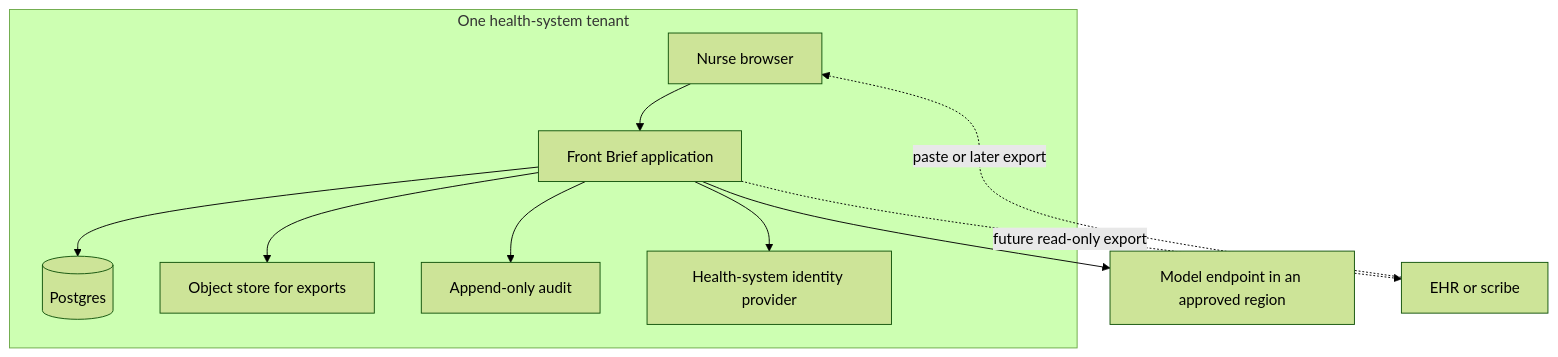
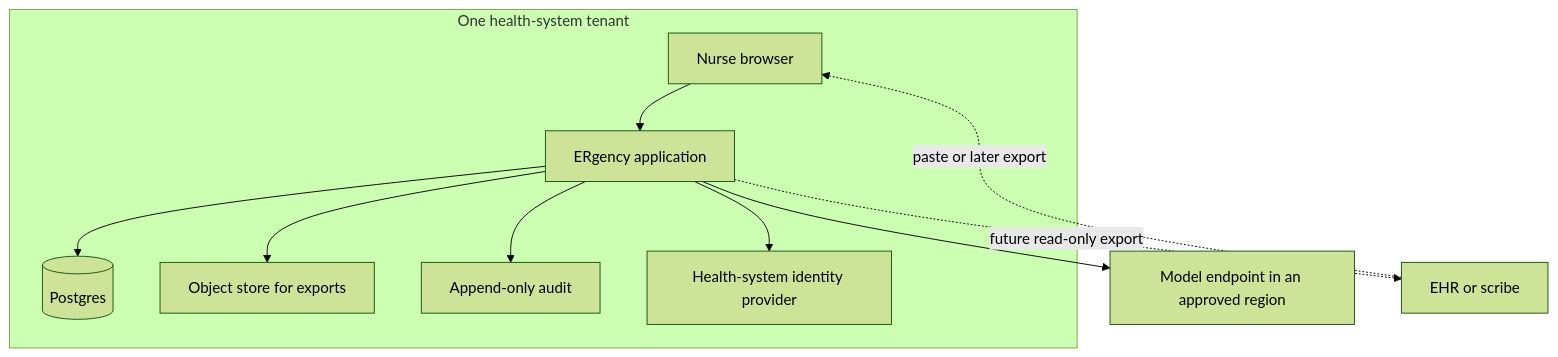
One commit to nkrishnasridhar/er-triage changed the diagram in docs/08-system-architecture-production.md. Above: the diagram before and after it, drawn with Mermaid (forest theme). The commit also changed other lines of this file and 31 other files, not shown here.

````diff
--- a/docs/08-system-architecture-production.md
+++ b/docs/08-system-architecture-production.md
@@ -7,19 +7,19 @@
 ```mermaid
 flowchart TB
   subgraph site [One health-system tenant]
     Browser[Nurse browser]
-    App[Front Brief application]
+    App[ERgency application]
     Db[(Postgres)]
     Obj[Object store for exports]
     Audit[Append-only audit]
     IdP[Health-system identity provider]
   end
   Browser --> App
   App --> IdP
   App --> Db
   App --> Audit
   App --> Model[Model endpoint in an approved region]
   App --> Obj
   Ehr[EHR or scribe] -. paste or later export .-> Browser
   App -. future read-only export .-> Ehr
 ```
````
